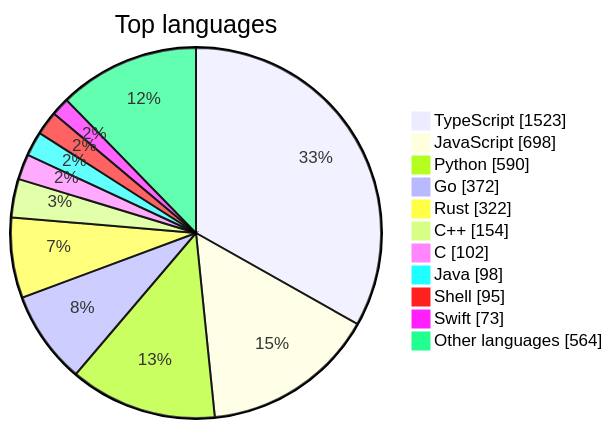
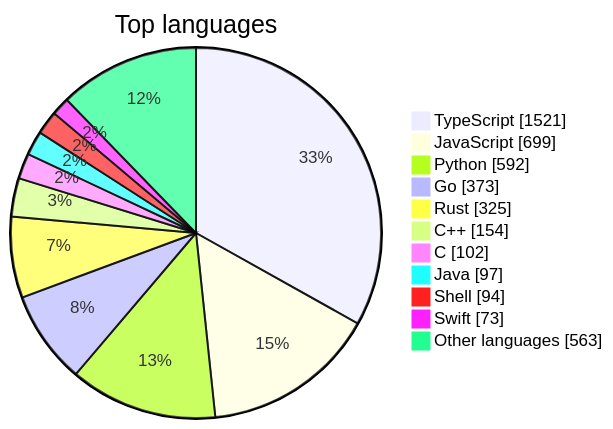
One commit to maxgfr/awesome-stars changed the first of 2 diagrams in README.md. Above: the diagram before and after it, drawn with Mermaid. The commit also changed other lines of this file and 27 other files, not shown here.

````diff
--- a/README.md
+++ b/README.md
@@ -39,14 +39,14 @@
 ```mermaid
 pie showData title Top languages
-    "TypeScript" : 1523
-    "JavaScript" : 698
-    "Python" : 590
-    "Go" : 372
-    "Rust" : 322
+    "TypeScript" : 1521
+    "JavaScript" : 699
+    "Python" : 592
+    "Go" : 373
+    "Rust" : 325
     "C++" : 154
     "C" : 102
-    "Java" : 98
-    "Shell" : 95
+    "Java" : 97
+    "Shell" : 94
     "Swift" : 73
-    "Other languages" : 564
+    "Other languages" : 563
 ```
````
